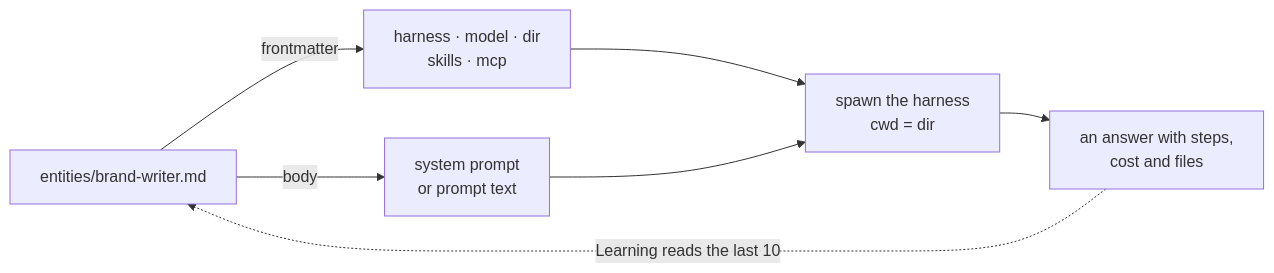
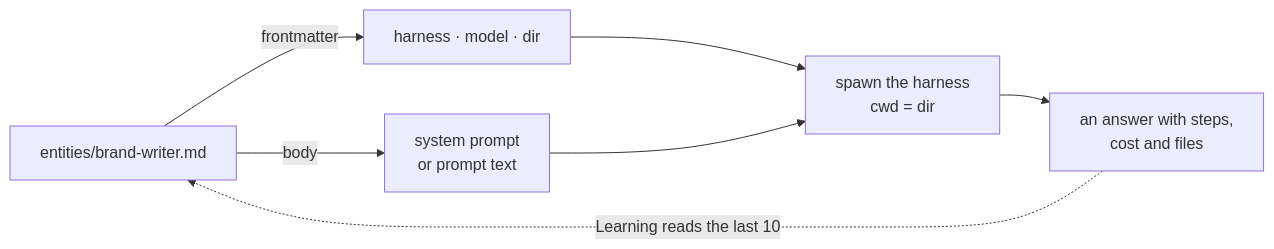
The diagram in docs/workspaces.md (agung2001/entity), drawn with Mermaid before and after one commit. The commit also changed other lines of this file and 5 other files, not shown here.

First line of the commit message:
docs: skills and MCP belong to the workspace, not to an entity

````diff
--- a/docs/workspaces.md
+++ b/docs/workspaces.md
@@ -56,9 +54,9 @@
 ```mermaid
 flowchart LR
-  F["entities/brand-writer.md"] -->|"frontmatter"| C["harness · model · dir<br/>skills · mcp"]
+  F["entities/brand-writer.md"] -->|"frontmatter"| C["harness · model · dir"]
   F -->|"body"| P["system prompt<br/>or prompt text"]
   C --> S["spawn the harness<br/>cwd = dir"]
   P --> S
   S --> A["an answer with steps,<br/>cost and files"]
   A -.->|"Learning reads the last 10"| F
 ```
````
